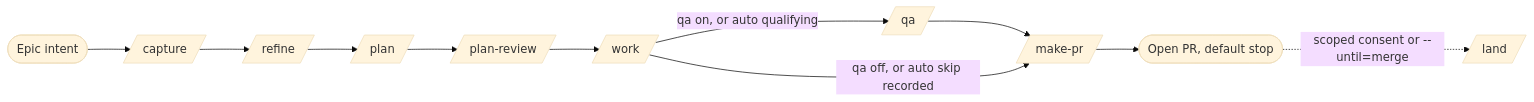
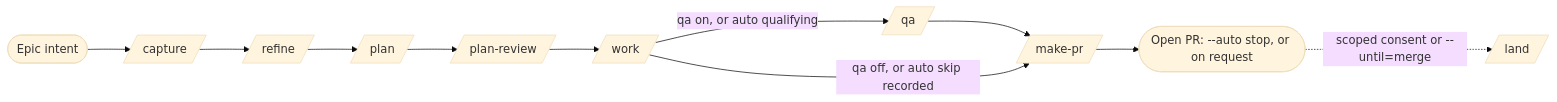
The first of 6 diagrams in plugins/flow-next/codex/docs/flow-next/pipeline-variations.md (glowElephant/flow-next), drawn with Mermaid (base theme) before and after one commit. The commit also changed 11 other files, not shown here.

First line of the commit message:
feat(flow): attended runs open the pull request when asked; --auto still stops at the open PR

````diff
--- a/plugins/flow-next/codex/docs/flow-next/pipeline-variations.md
+++ b/plugins/flow-next/codex/docs/flow-next/pipeline-variations.md
@@ -61,8 +61,8 @@
 ```mermaid
 flowchart LR
     E([Epic intent]) --> C[/capture/] --> I[/refine/] --> P[/plan/] --> PR[/plan-review/] --> W[/work/]
     W -->|qa on, or auto qualifying| Q[/qa/] --> M[/make-pr/]
     W -->|qa off, or auto skip recorded| M
-    M --> D([Open PR, default stop])
+    M --> D([Open PR: --auto stop, or on request])
     D -.scoped consent or --until=merge.-> L[/land/]
 ```
````
